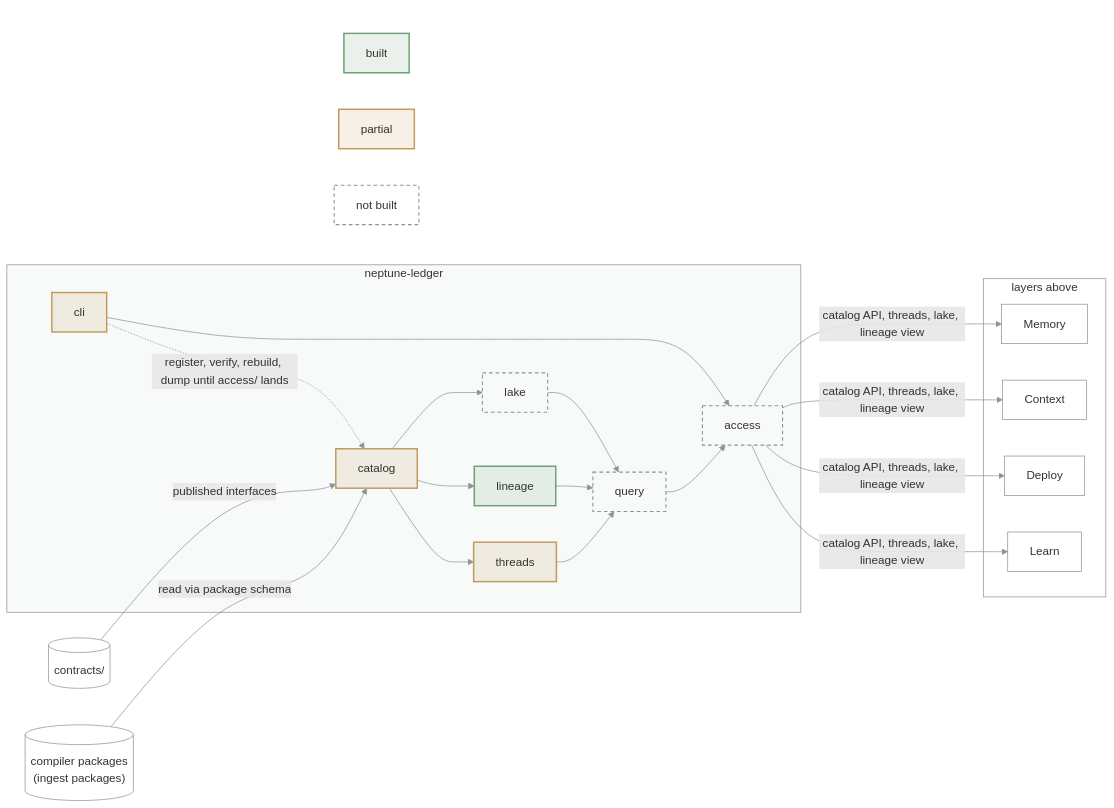
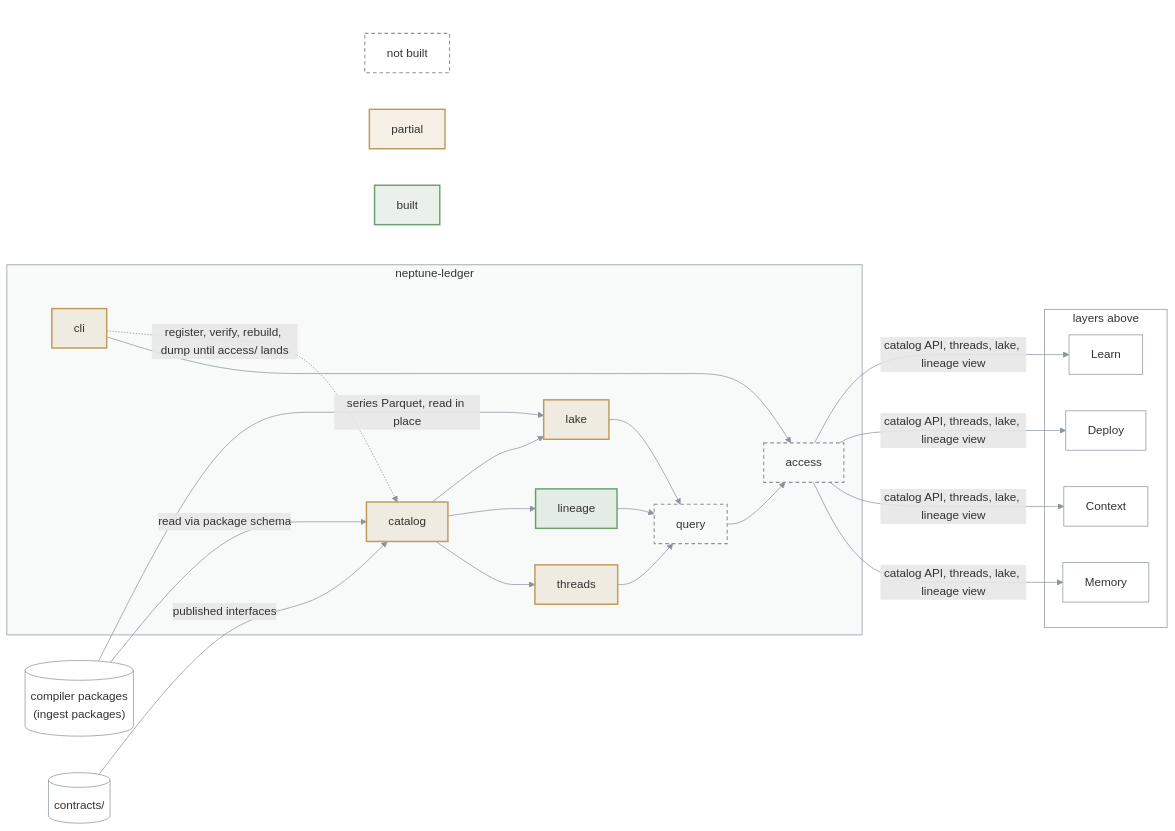
One commit to bennytay/neptune changed the diagram in packages/neptune-ledger/ARCHITECTURE.md. Above: the diagram before and after it, drawn with Mermaid. The commit also changed 4 other files, not shown here.

First line of the commit message:
docs(ledger): ADR 0013 lakehouse layout and in-place series reads

````diff
--- a/packages/neptune-ledger/ARCHITECTURE.md
+++ b/packages/neptune-ledger/ARCHITECTURE.md
@@ -3,55 +3,56 @@
 ```mermaid
 flowchart LR
   PKG[("compiler packages<br/>(ingest packages)")]
   CON[("contracts/")]
 
   subgraph L["neptune-ledger"]
     CAT["catalog"]
     THR["threads"]
     LIN["lineage"]
     LAKE["lake"]
     QRY["query"]
     ACC["access"]
     CLI["cli"]
   end
 
   subgraph UP["layers above"]
     MEM["Memory"]
     CTX["Context"]
     DEP["Deploy"]
     LRN["Learn"]
   end
 
   PKG -->|read via package schema| CAT
+  PKG -->|series Parquet, read in place| LAKE
   CON -->|published interfaces| CAT
   CAT --> THR
   CAT --> LIN
   CAT --> LAKE
   THR --> QRY
   LIN --> QRY
   LAKE --> QRY
   QRY --> ACC
   ACC -->|catalog API, threads, lake, lineage view| MEM & CTX & DEP & LRN
   CLI --> ACC
   CLI -.->|register, verify, rebuild, dump until access/ lands| CAT
 
   subgraph KEY[" "]
     K1["built"]
     K2["partial"]
     K3["not built"]
   end
   CLI ~~~ K1 & K2 & K3
 
   classDef built fill:#6a9f7426,stroke:#6a9f74,stroke-width:2px
   classDef partial fill:#c09a5b26,stroke:#c09a5b,stroke-width:2px
   classDef todo fill:none,stroke:#8b949e,stroke-width:1.5px,stroke-dasharray:5 4
   classDef ext fill:none,stroke:#8b949e,stroke-width:1px
   class LIN,K1 built
-  class CAT,THR,CLI,K2 partial
-  class LAKE,QRY,ACC,K3 todo
+  class CAT,THR,CLI,LAKE,K2 partial
+  class QRY,ACC,K3 todo
   class PKG,CON,MEM,CTX,DEP,LRN ext
   style L fill:#8b949e0f,stroke:#8b949e
   style UP fill:none,stroke:#8b949e
   style KEY fill:none,stroke:none
   linkStyle default stroke:#8b949e
 ```
````
